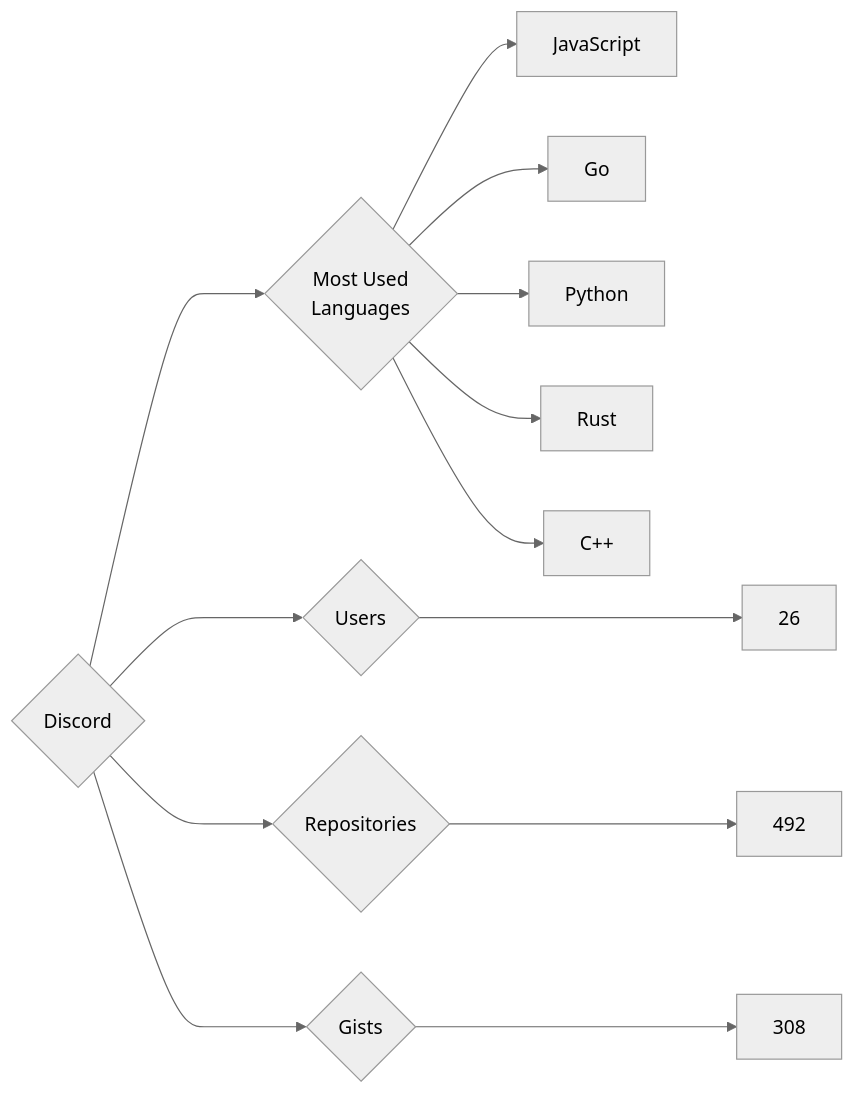
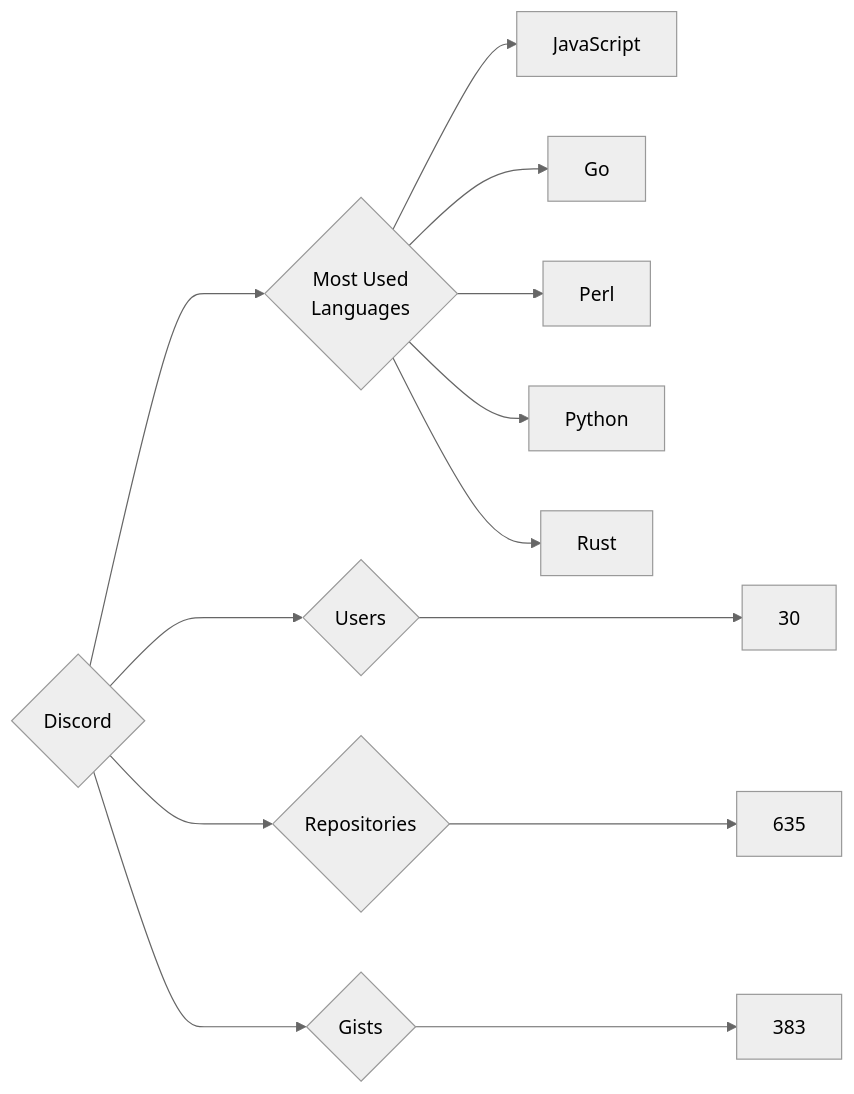
One commit to trickest/insiders changed the diagram in targets/Discord/README.md. Above: the diagram before and after it, drawn with Mermaid (neutral theme). The commit also changed 823 other files, not shown here.

````diff
--- a/targets/Discord/README.md
+++ b/targets/Discord/README.md
@@ -3,13 +3,13 @@
 ```mermaid
 graph LR
 COMPANY_NAME{Discord}
-COMPANY_NAME ---> U{Users} ---> UN[26]
-COMPANY_NAME ---> R{Repositories} ---> RN[492]
-COMPANY_NAME ---> G{Gists} ---> GN[308]
+COMPANY_NAME ---> U{Users} ---> UN[30]
+COMPANY_NAME ---> R{Repositories} ---> RN[635]
+COMPANY_NAME ---> G{Gists} ---> GN[383]
 COMPANY_NAME ---> ML{Most Used<br>Languages}
 ML --> JavaScript[JavaScript]
 ML --> Go[Go]
+ML --> Perl[Perl]
 ML --> Python[Python]
 ML --> Rust[Rust]
-ML --> C++[C++]
 ```
````
